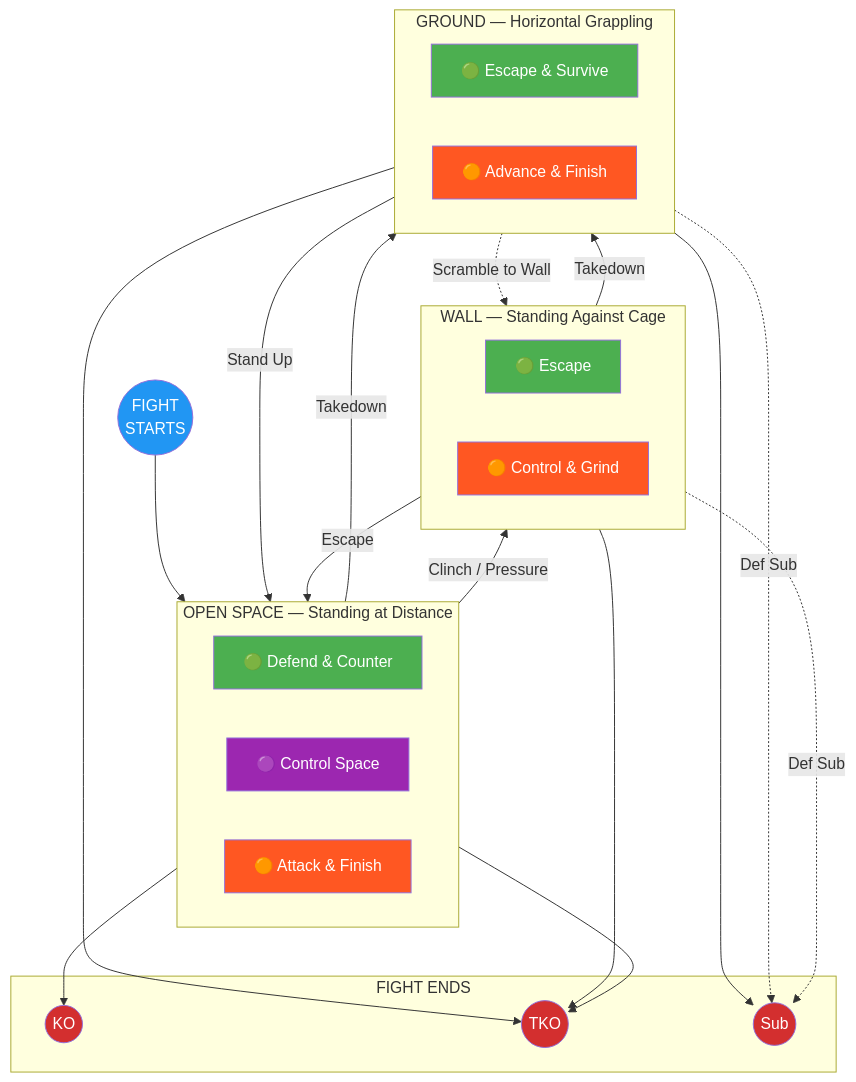
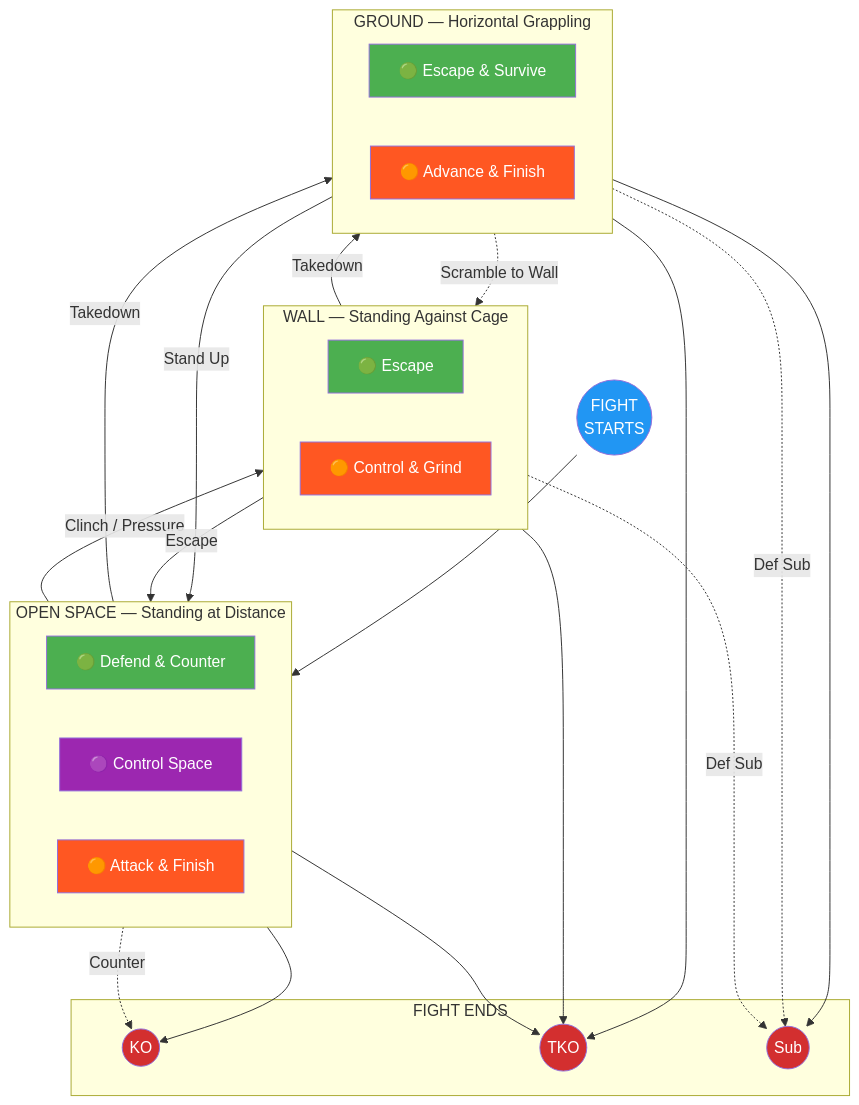
The diagram in docs/index.md (ACalienes/Ecological-MMA-Game-System), drawn with Mermaid before and after one commit. The commit also changed 1 other file, not shown here.

Commit message:
Add counter-knockout path from defensive striking
Counter-strikers can finish fights with clean counters (Anderson Silva,
Lyoto Machida, etc.). Added dotted path from O_DEF → KO labeled "Counter"
to represent this defensive finish path.

Changes:
- index.md: Add O_DEF -.->|"Counter"| KO
- map.md: Add CS -.-> KO in both diagrams

Follows same pattern as defensive submissions (dotted = less common path).

````diff
--- a/docs/index.md
+++ b/docs/index.md
@@ -69,67 +69,68 @@
 ```mermaid
 flowchart TB
     START((FIGHT<br>STARTS)) --> OPEN
 
     subgraph OPEN["OPEN SPACE — Standing at Distance"]
         direction LR
         O_DEF["🟢 Defend & Counter"]
         O_CTL["🟣 Control Space"]
         O_ATK["🟠 Attack & Finish"]
     end
 
     subgraph WALL["WALL — Standing Against Cage"]
         direction LR
         W_DEF["🟢 Escape"]
         W_ATK["🟠 Control & Grind"]
     end
 
     subgraph GROUND["GROUND — Horizontal Grappling"]
         direction LR
         G_DEF["🟢 Escape & Survive"]
         G_ATK["🟠 Advance & Finish"]
     end
 
     subgraph FINISH["FIGHT ENDS"]
         KO((KO))
         TKO((TKO))
         SUB((Sub))
     end
 
     %% Transitions between positions
     OPEN -->|"Clinch / Pressure"| WALL
     OPEN -->|"Takedown"| GROUND
     WALL -->|"Escape"| OPEN
     WALL -->|"Takedown"| GROUND
     GROUND -->|"Stand Up"| OPEN
     GROUND -.->|"Scramble to Wall"| WALL
 
     %% Paths to finish
     O_ATK --> KO
     O_ATK --> TKO
     W_ATK --> TKO
     G_ATK --> TKO
     G_ATK --> SUB
+    O_DEF -.->|"Counter"| KO
     G_DEF -.->|"Def Sub"| SUB
     W_DEF -.->|"Def Sub"| SUB
 
     %% Styling
     style START fill:#2196F3,color:#fff
     style O_DEF fill:#4CAF50,color:#fff
     style O_CTL fill:#9C27B0,color:#fff
     style O_ATK fill:#FF5722,color:#fff
     style W_DEF fill:#4CAF50,color:#fff
     style W_ATK fill:#FF5722,color:#fff
     style G_DEF fill:#4CAF50,color:#fff
     style G_ATK fill:#FF5722,color:#fff
     style KO fill:#D32F2F,color:#fff
     style TKO fill:#D32F2F,color:#fff
     style SUB fill:#D32F2F,color:#fff
 
     click O_DEF "#open-space-defensive"
     click O_CTL "#open-space-control"
     click O_ATK "#open-space-offensive"
     click W_DEF "#wall-defensive"
     click W_ATK "#wall-offensive"
     click G_DEF "#ground-defensive"
     click G_ATK "#ground-offensive"
 ```
````
